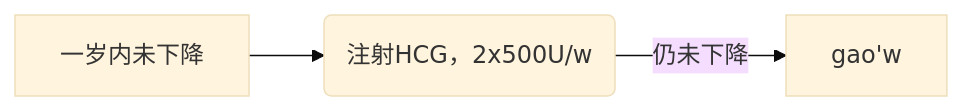
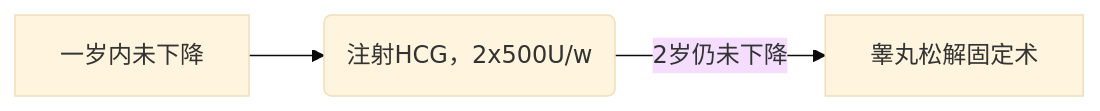
Before and after one commit to viket-vista/Notes: the diagram in 大三下/外科学.md, drawn with Mermaid (base theme). The commit also changed other lines of this file, not shown here.

````diff
--- a/大三下/外科学.md
+++ b/大三下/外科学.md
@@ -76,4 +76,4 @@
 ```mermaid
 graph LR
-一岁内未下降 --> A("注射HCG，2x500U/w") -- 仍未下降 --> gao'w
+一岁内未下降 --> A("注射HCG，2x500U/w") -- 2岁仍未下降 --> 睾丸松解固定术
 ```
````
